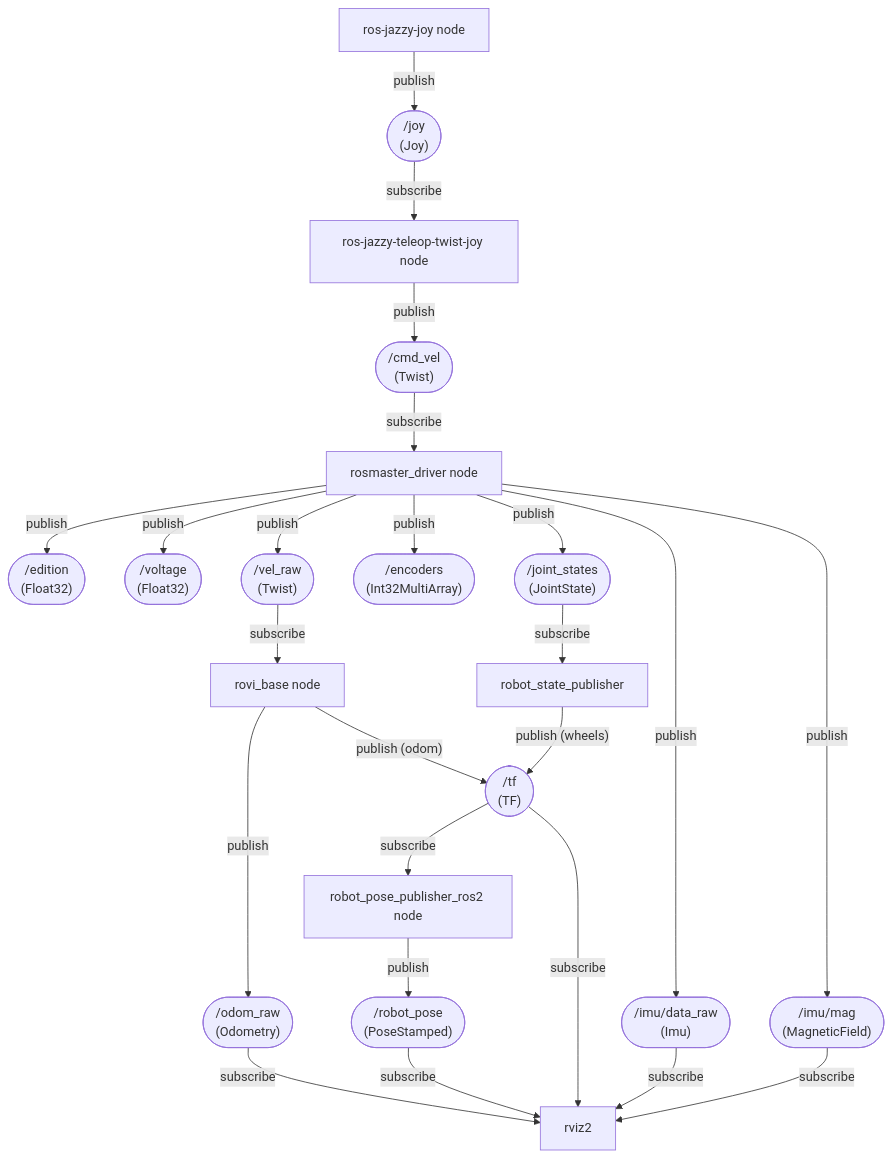
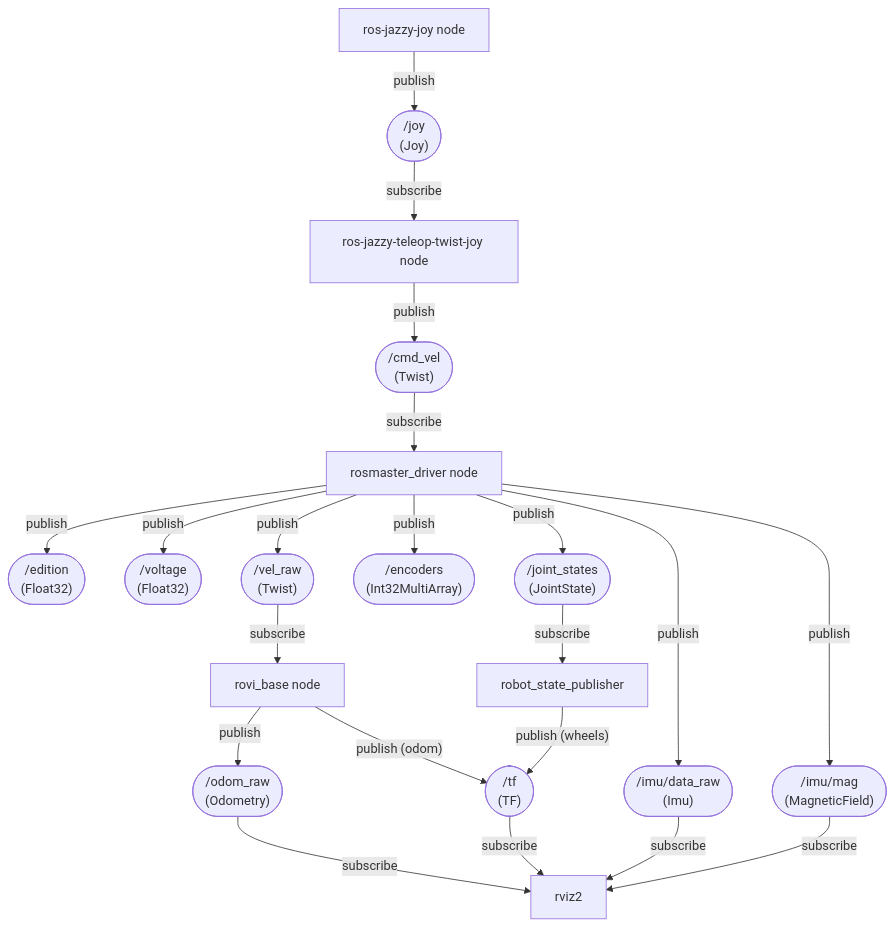
The diagram in README.md (Roblibs/rovi_ros_ws), drawn with Mermaid before and after one commit.

Commit message:
drop pose

````diff
--- a/README.md
+++ b/README.md
@@ -42,53 +42,47 @@
 ```mermaid
 flowchart TD
   Rosmaster[rosmaster_driver node]
 
   Joystick["ros-jazzy-joy node"]
   JOY(["/joy<br/>(Joy)"])
   Joystick -->|publish| JOY
 
   RoviJoy["ros-jazzy-teleop-twist-joy node"]
   JOY -->|subscribe| RoviJoy
   CMD(["/cmd_vel<br/>(Twist)"])
   RoviJoy -->|publish| CMD
 
   CMD -->|subscribe| Rosmaster
   EDT(["/edition<br/>(Float32)"])
   VOL(["/voltage<br/>(Float32)"])
   VRAW(["/vel_raw<br/>(Twist)"])
   JSTATE(["/joint_states<br/>(JointState)"])
   ENC(["/encoders<br/>(Int32MultiArray)"])
   IMU(["/imu/data_raw<br/>(Imu)"])
   MAG(["/imu/mag<br/>(MagneticField)"])
   Rosmaster -->|publish| EDT
   Rosmaster -->|publish| VOL
   Rosmaster -->|publish| VRAW
   Rosmaster -->|publish| ENC
   Rosmaster -->|publish| JSTATE
   Rosmaster -->|publish| IMU
   Rosmaster -->|publish| MAG
 
   RoviBase["rovi_base node"]
   VRAW -->|subscribe| RoviBase
   ODRAW(["/odom_raw<br/>(Odometry)"])
   TF(["/tf<br/>(TF)"])
   RoviBase -->|publish| ODRAW
   RoviBase -->|"publish (odom)"| TF
 
   RSP["robot_state_publisher"]
   JSTATE -->|subscribe| RSP
   RSP -->|"publish (wheels)"| TF
 
-  RPP["robot_pose_publisher_ros2 node"]
-  TF -->|subscribe| RPP
-  ROBPOSE(["/robot_pose<br/>(PoseStamped)"])
-  RPP -->|publish| ROBPOSE
-
   RVIZ["rviz2"]
   TF -->|subscribe| RVIZ
-  ROBPOSE -->|subscribe| RVIZ
   ODRAW -->|subscribe| RVIZ
   IMU -->|subscribe| RVIZ
   MAG -->|subscribe| RVIZ
 
 ```
````
